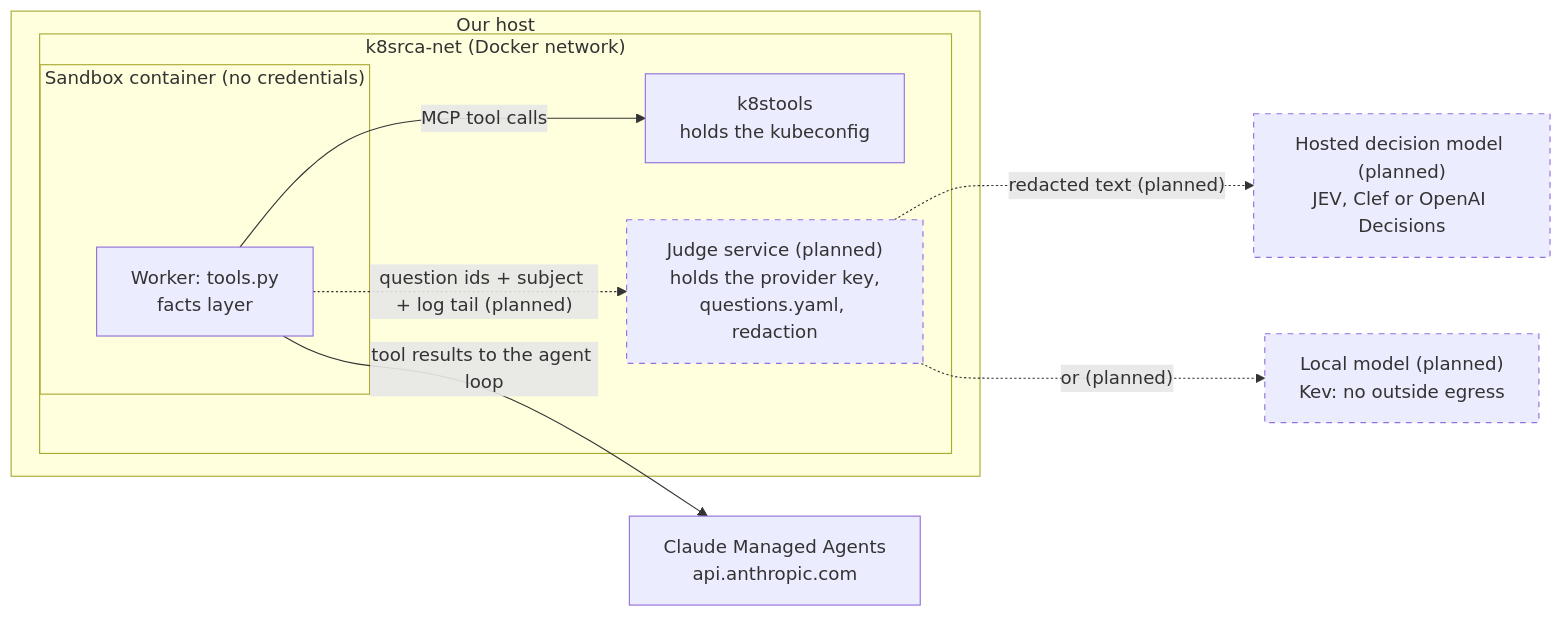
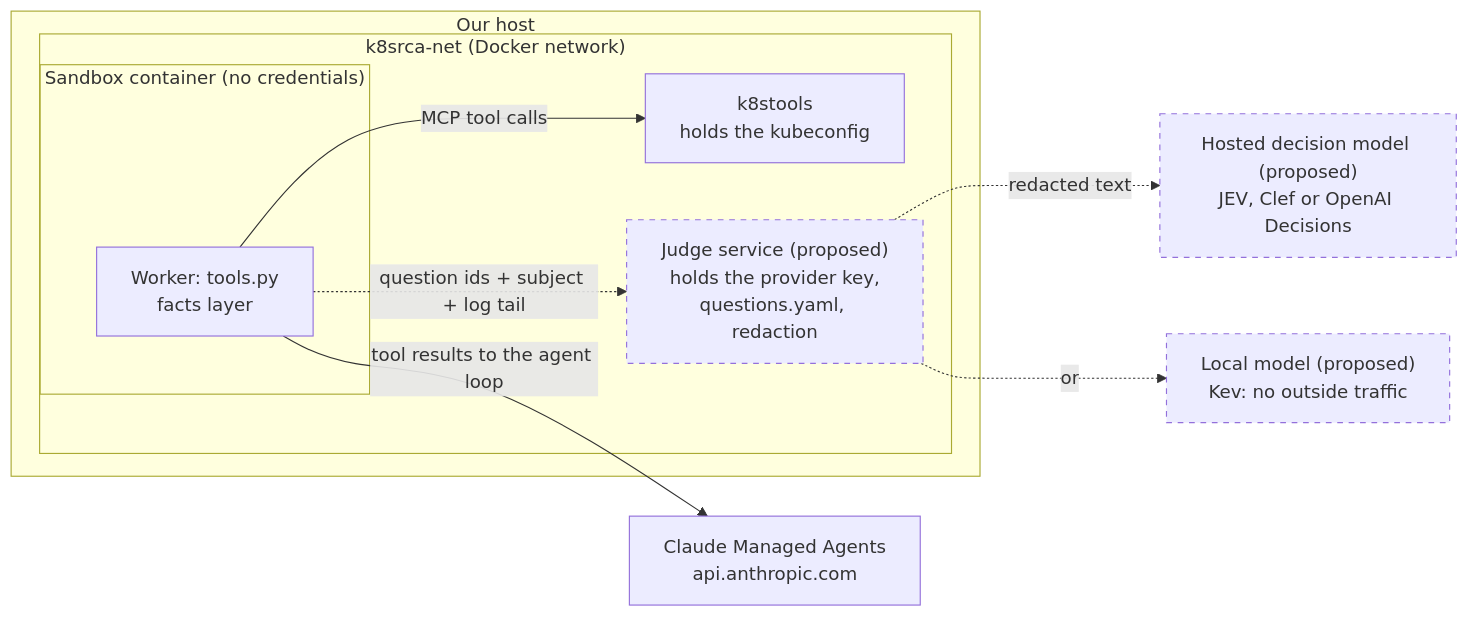
One commit to BenedatLLC/k8srca changed the second of 2 diagrams in designs/011-decision-models.md. Above: the diagram before and after it, drawn with Mermaid. The commit also changed other lines of this file and 29 other files, not shown here.

````diff
--- a/designs/011-decision-models.md
+++ b/designs/011-decision-models.md
@@ -433,21 +276,21 @@
 ```mermaid
 flowchart LR
   subgraph host["Our host"]
     subgraph net["k8srca-net (Docker network)"]
       subgraph sb["Sandbox container (no credentials)"]
         W["Worker: tools.py<br/>facts layer"]
       end
       K["k8stools<br/>holds the kubeconfig"]
-      J["Judge service (planned)<br/>holds the provider key,<br/>questions.yaml, redaction"]:::planned
+      J["Judge service (proposed)<br/>holds the provider key,<br/>questions.yaml, redaction"]:::planned
     end
   end
   A["Claude Managed Agents<br/>api.anthropic.com"]
-  P["Hosted decision model (planned)<br/>JEV, Clef or OpenAI Decisions"]:::planned
-  L["Local model (planned)<br/>Kev: no outside egress"]:::planned
+  P["Hosted decision model (proposed)<br/>JEV, Clef or OpenAI Decisions"]:::planned
+  L["Local model (proposed)<br/>Kev: no outside traffic"]:::planned
   W -- "MCP tool calls" --> K
   W -- "tool results to the agent loop" --> A
-  W -. "question ids + subject + log tail (planned)" .-> J
-  J -. "redacted text (planned)" .-> P
-  J -. "or (planned)" .-> L
+  W -. "question ids + subject + log tail" .-> J
+  J -. "redacted text" .-> P
+  J -. "or" .-> L
   classDef planned stroke-dasharray: 5 5
 ```
````
